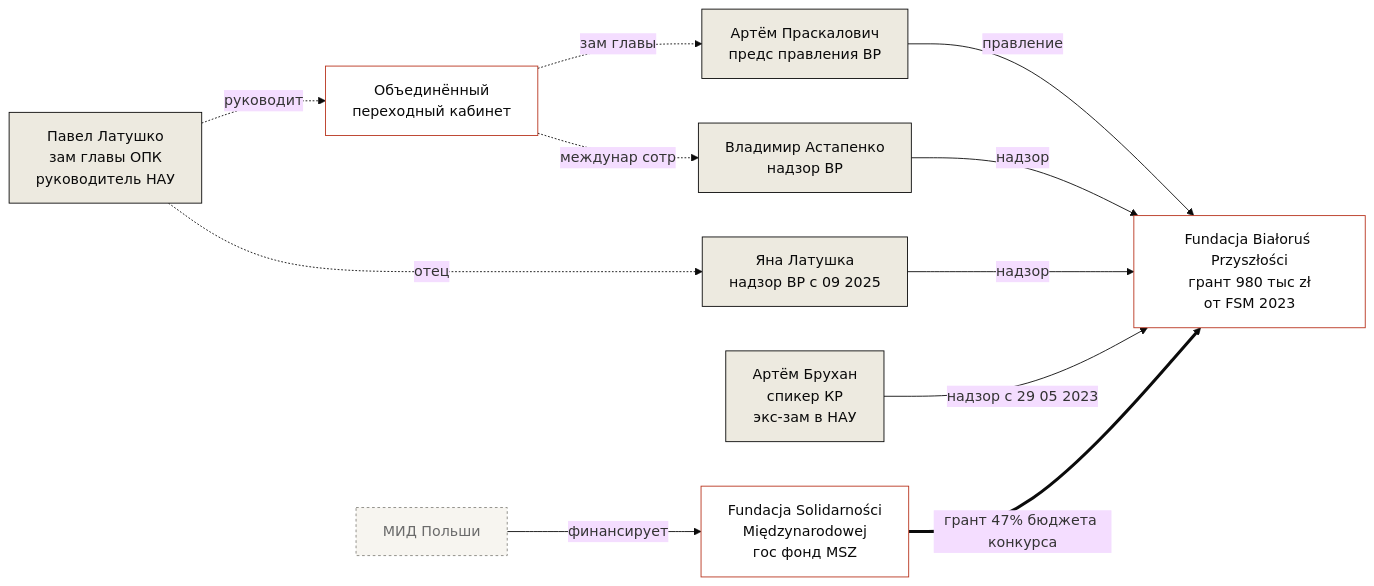
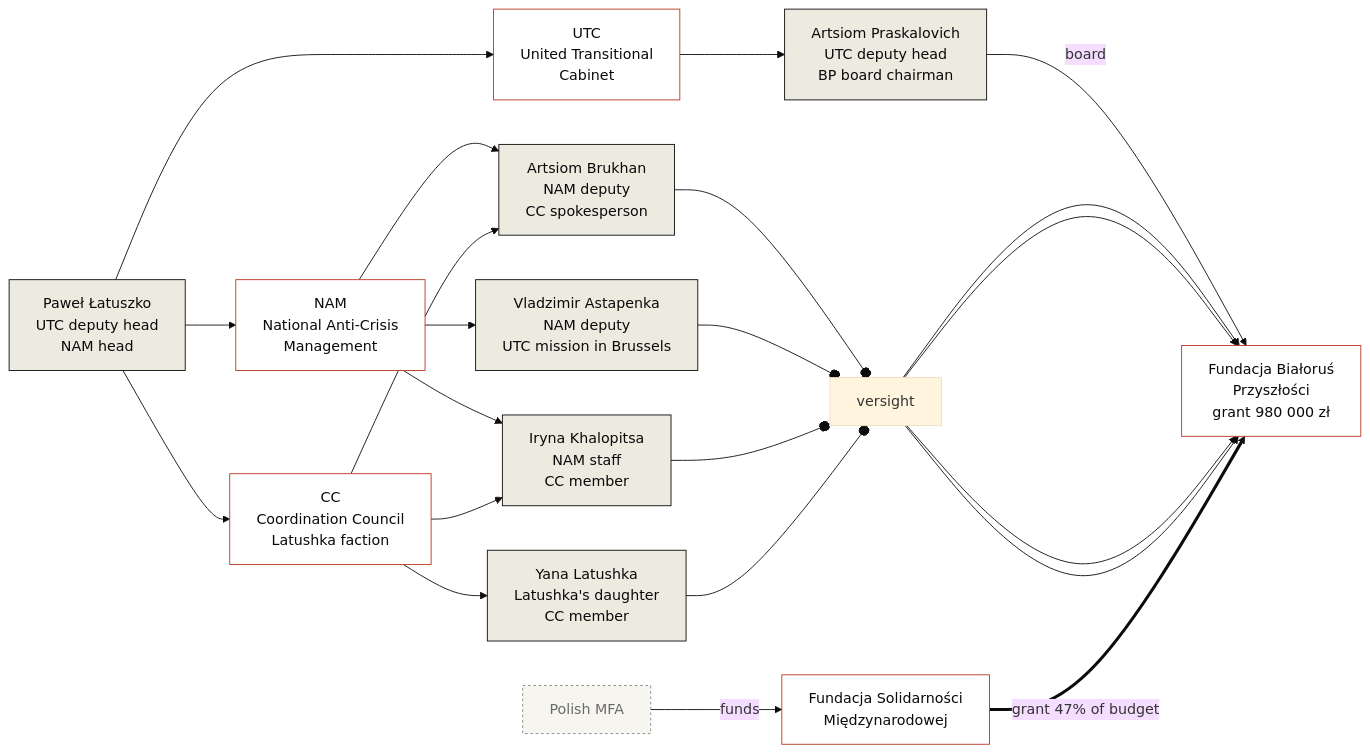
The diagram in docs/en/investigations/bialorus-przyszlosci-fsm.md (belarustransparency/belarus-transparency), drawn with Mermaid (base theme) before and after one commit. The commit also changed other lines of this file, not shown here.

````diff
--- a/docs/en/investigations/bialorus-przyszlosci-fsm.md
+++ b/docs/en/investigations/bialorus-przyszlosci-fsm.md
@@ -163,31 +163,48 @@
 ```mermaid
 graph LR
-    PL["Павел Латушко<br/>зам главы ОПК<br/>руководитель НАУ"]
-    OPK["Объединённый<br/>переходный кабинет"]
-    BPZ["Fundacja Białoruś Przyszłości<br/>грант 980 тыс zł<br/>от FSM 2023"]
-    FSM["Fundacja Solidarności<br/>Międzynarodowej<br/>гос фонд MSZ"]
-    YL["Яна Латушка<br/>надзор BP с 09 2025"]
-    AP["Артём Праскалович<br/>предс правления BP"]
-    VA["Владимир Астапенко<br/>надзор BP"]
-    AB["Артём Брухан<br/>спикер КР<br/>экс-зам в НАУ"]
-    MSZ["МИД Польши"]
+    PL["Paweł Łatuszko<br/>UTC deputy head<br/>NAM head"]
+    NAM["NAM<br/>National Anti-Crisis<br/>Management"]
+    UTC["UTC<br/>United Transitional<br/>Cabinet"]
+    CC["CC<br/>Coordination Council<br/>Latushka faction"]
 
-    PL -.руководит.-> OPK
-    PL -.отец.-> YL
-    OPK -.зам главы.-> AP
-    OPK -.междунар сотр.-> VA
-    AP --правление--> BPZ
-    VA --надзор--> BPZ
-    YL --надзор--> BPZ
-    AB --надзор с 29 05 2023--> BPZ
-    FSM ==грант 47% бюджета конкурса==> BPZ
-    MSZ --финансирует--> FSM
+    AP["Artsiom Praskalovich<br/>UTC deputy head<br/>BP board chairman"]
+    AB["Artsiom Brukhan<br/>NAM deputy<br/>CC spokesperson"]
+    VA["Vladzimir Astapenka<br/>NAM deputy<br/>UTC mission in Brussels"]
+    IK["Iryna Khalopitsa<br/>NAM staff<br/>CC member"]
+    YL["Yana Latushka<br/>Latushka's daughter<br/>CC member"]
+
+    BPZ["Fundacja Białoruś<br/>Przyszłości<br/>grant 980 000 zł"]
+    FSM["Fundacja Solidarności<br/>Międzynarodowej"]
+    MFA["Polish MFA"]
+
+    PL --> NAM
+    PL --> UTC
+    PL --> CC
+
+    NAM --> AB
+    NAM --> VA
+    NAM --> IK
+
+    UTC --> AP
+
+    CC --> AB
+    CC --> YL
+    CC --> IK
+
+    AP --board--> BPZ
+    AB --oversight--> BPZ
+    VA --oversight--> BPZ
+    IK --oversight--> BPZ
+    YL --oversight--> BPZ
+
+    FSM ==grant 47% of budget==> BPZ
+    MFA --funds--> FSM
 
     classDef person fill:#EDEAE0,stroke:#0A0A0A,stroke-width:1px,color:#0A0A0A;
     classDef org fill:#FFFFFF,stroke:#B8341E,stroke-width:1px,color:#0A0A0A;
     classDef money fill:#F7F5F0,stroke:#888780,stroke-width:1px,color:#6B6B6B,stroke-dasharray: 3 3;
 
-    class PL,YL,AP,VA,AB person;
-    class OPK,BPZ,FSM org;
-    class MSZ money;
+    class PL,AP,AB,VA,IK,YL person;
+    class NAM,UTC,CC,BPZ,FSM org;
+    class MFA money;
 ```
````
